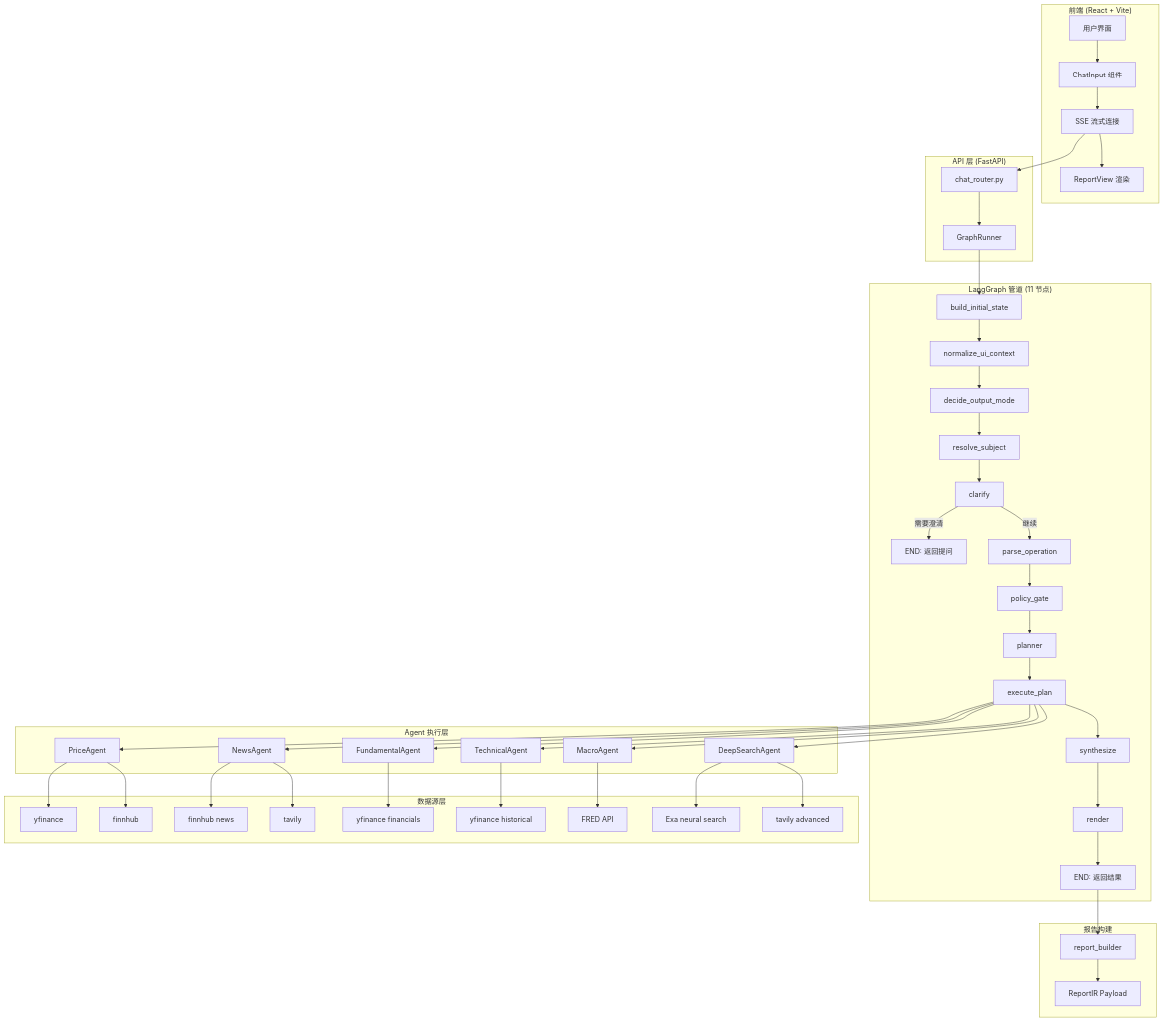
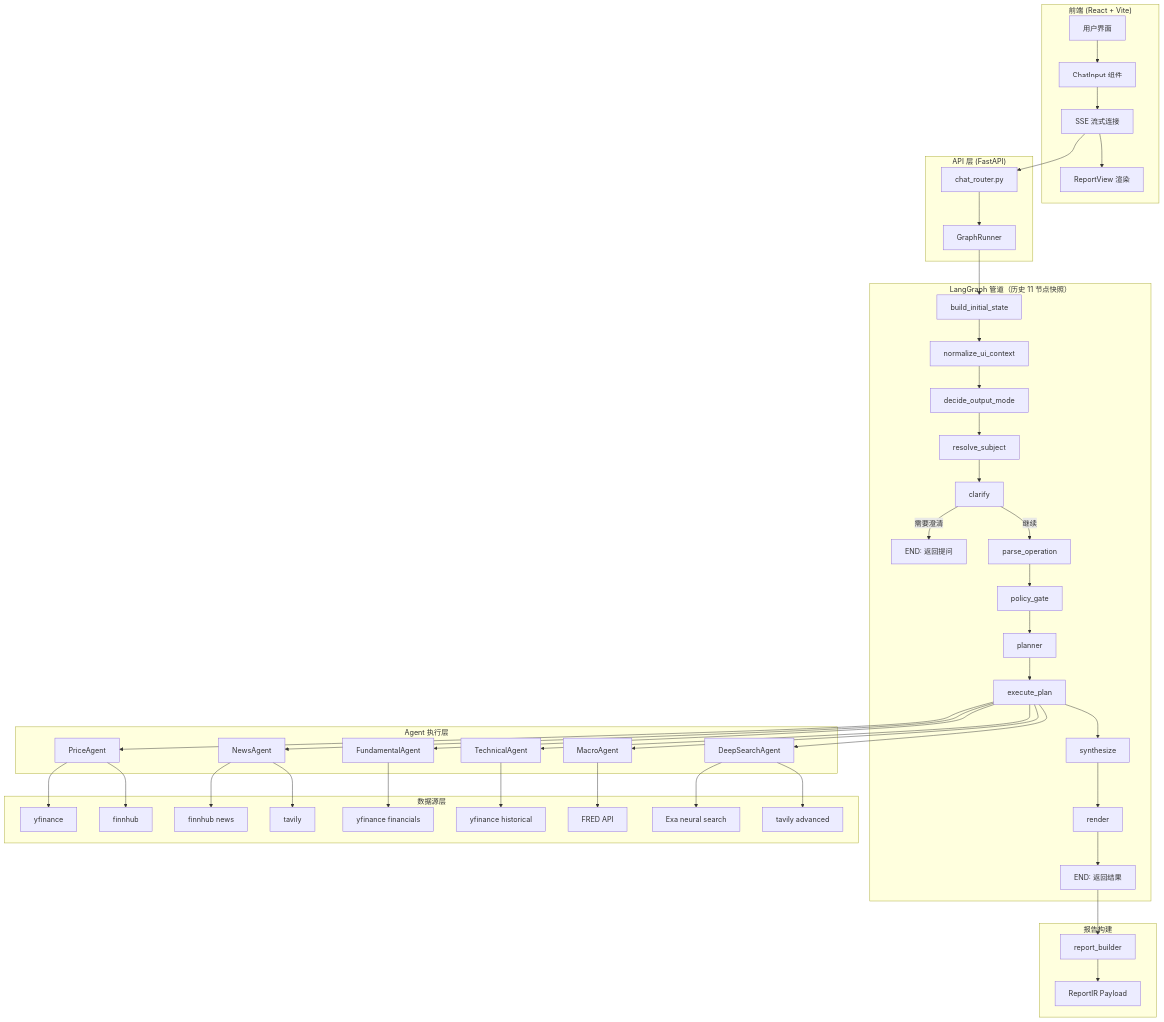
The first of 23 diagrams in docs/LANGGRAPH_PIPELINE_DEEP_DIVE.md (kkkano/FinSight), drawn with Mermaid before and after one commit. The commit also changed other lines of this file and 26 other files, not shown here.

````diff
--- a/docs/LANGGRAPH_PIPELINE_DEEP_DIVE.md
+++ b/docs/LANGGRAPH_PIPELINE_DEEP_DIVE.md
@@ -26,55 +28,55 @@
 ```mermaid
 graph TB
     subgraph "前端 (React + Vite)"
         UI[用户界面] --> ChatInput[ChatInput 组件]
         ChatInput --> SSE[SSE 流式连接]
         SSE --> ReportView[ReportView 渲染]
     end
 
     subgraph "API 层 (FastAPI)"
         SSE --> ChatRouter[chat_router.py]
         ChatRouter --> GraphRunner[GraphRunner]
     end
 
-    subgraph "LangGraph 管道 (11 节点)"
+    subgraph "LangGraph 管道（历史 11 节点快照）"
         GraphRunner --> N1[build_initial_state]
         N1 --> N2[normalize_ui_context]
         N2 --> N3[decide_output_mode]
         N3 --> N4[resolve_subject]
         N4 --> N5[clarify]
         N5 -->|需要澄清| END1[END: 返回提问]
         N5 -->|继续| N6[parse_operation]
         N6 --> N7[policy_gate]
         N7 --> N8[planner]
         N8 --> N9[execute_plan]
         N9 --> N10[synthesize]
         N10 --> N11[render]
         N11 --> END2[END: 返回结果]
     end
 
     subgraph "Agent 执行层"
         N9 --> PA[PriceAgent]
         N9 --> NA[NewsAgent]
         N9 --> FA[FundamentalAgent]
         N9 --> TA[TechnicalAgent]
         N9 --> MA[MacroAgent]
         N9 --> DA[DeepSearchAgent]
     end
 
     subgraph "数据源层"
         PA --> YF[yfinance]
         PA --> FH[finnhub]
         NA --> FH2[finnhub news]
         NA --> TV[tavily]
         FA --> YF2[yfinance financials]
         TA --> YF3[yfinance historical]
         MA --> FRED[FRED API]
         DA --> EXA[Exa neural search]
         DA --> TV2[tavily advanced]
     end
 
     subgraph "报告构建"
         END2 --> RB[report_builder]
         RB --> Payload[ReportIR Payload]
     end
 ```
````
